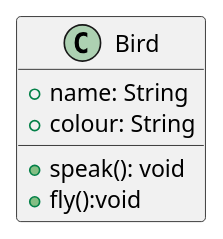
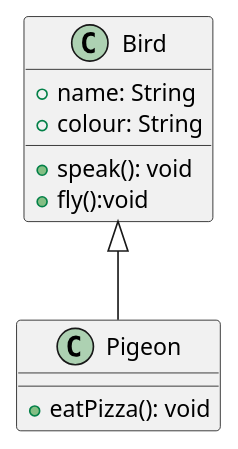
One commit to abinormal/introduction-to-oop-project changed the diagram in .idea/Bird.puml. Above: the diagram before and after it, drawn with PlantUML.

Commit message:
Add Pigeon and eatPizza() method.

```diff
--- a/.idea/Bird.puml
+++ b/.idea/Bird.puml
@@ -1,13 +1,19 @@
 @startuml
 'https://plantuml.com/class-diagram
 
 
 class Bird {
     + name: String
     + colour: String
 
     +speak(): void
     +fly():void
 }
 
+class Pigeon {
+    +eatPizza(): void
+}
+
+Bird <|-- Pigeon
+
 @enduml
```
